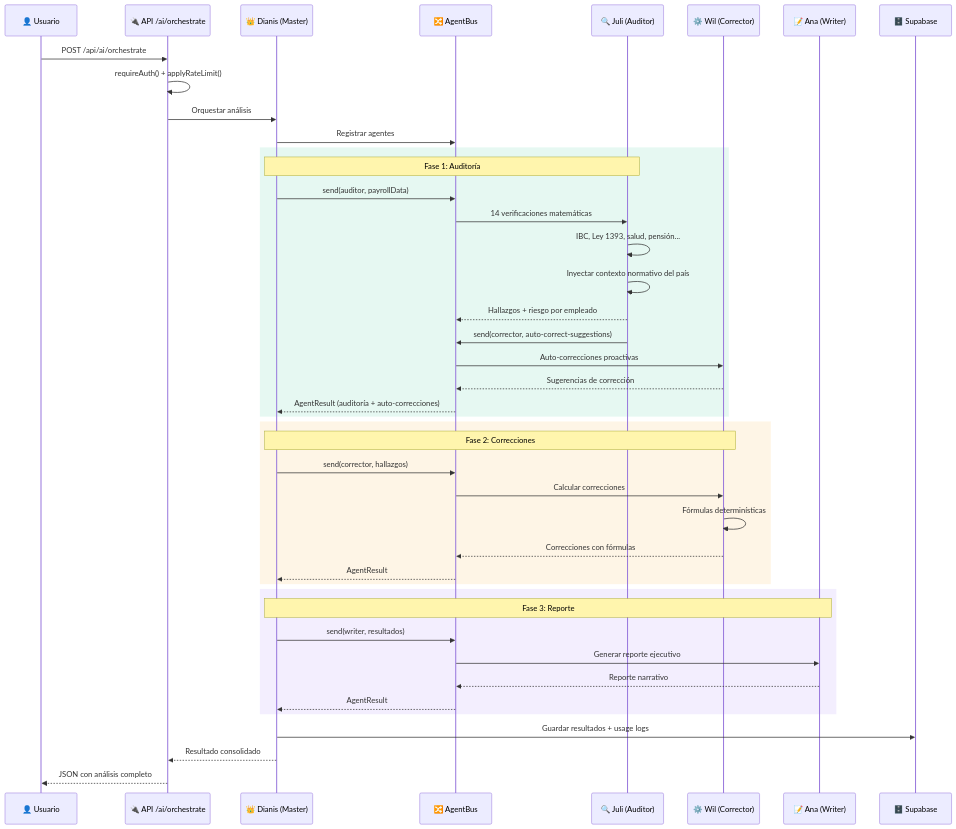
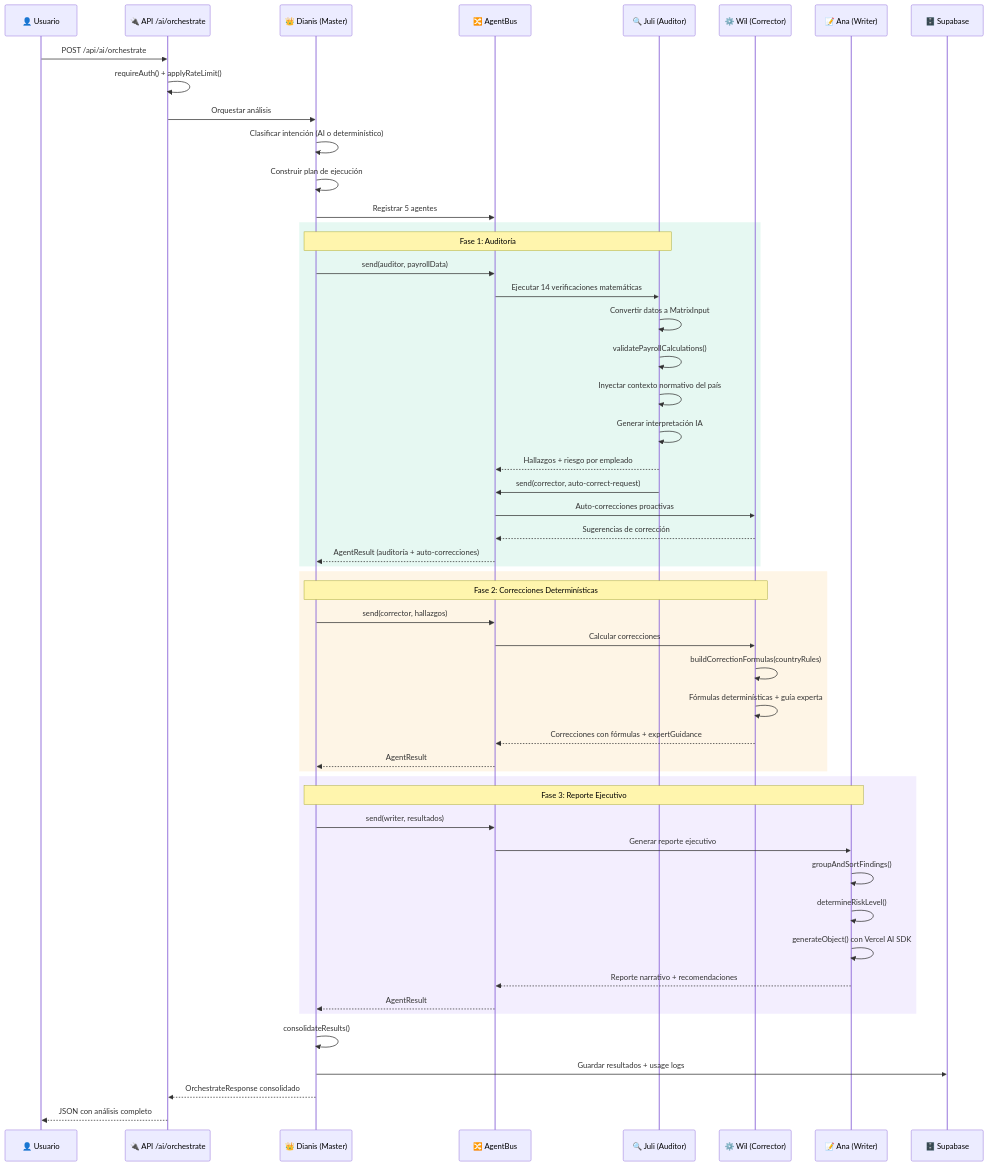
Before and after one commit to Shiroe-95/NominaApp: the second of 9 diagrams in README.md, drawn with Mermaid. The commit also changed other lines of this file, not shown here.

Commit message:
docs: rewrite README from scratch with comprehensive architecture diagrams, multi-agent system docs, API reference, design system, and detailed configuration guide

````diff
--- a/README.md
+++ b/README.md
@@ -174,50 +202,59 @@
 ```mermaid
 sequenceDiagram
     participant U as 👤 Usuario
     participant API as 🔌 API /ai/orchestrate
     participant M as 👑 Dianis (Master)
     participant Bus as 🔀 AgentBus
     participant A as 🔍 Juli (Auditor)
     participant C as ⚙️ Wil (Corrector)
     participant W as 📝 Ana (Writer)
     participant DB as 🗄️ Supabase
 
     U->>API: POST /api/ai/orchestrate
     API->>API: requireAuth() + applyRateLimit()
     API->>M: Orquestar análisis
-    M->>Bus: Registrar agentes
+    M->>M: Clasificar intención (AI o determinístico)
+    M->>M: Construir plan de ejecución
+    M->>Bus: Registrar 5 agentes
     
     rect rgb(16, 185, 129, 0.1)
         Note over M,A: Fase 1: Auditoría
         M->>Bus: send(auditor, payrollData)
-        Bus->>A: 14 verificaciones matemáticas
-        A->>A: IBC, Ley 1393, salud, pensión...
+        Bus->>A: Ejecutar 14 verificaciones matemáticas
+        A->>A: Convertir datos a MatrixInput
+        A->>A: validatePayrollCalculations()
         A->>A: Inyectar contexto normativo del país
+        A->>A: Generar interpretación IA
         A-->>Bus: Hallazgos + riesgo por empleado
-        A->>Bus: send(corrector, auto-correct-suggestions)
+        A->>Bus: send(corrector, auto-correct-request)
         Bus->>C: Auto-correcciones proactivas
         C-->>Bus: Sugerencias de corrección
         Bus-->>M: AgentResult (auditoría + auto-correcciones)
     end
 
     rect rgb(245, 158, 11, 0.1)
-        Note over M,C: Fase 2: Correcciones
+        Note over M,C: Fase 2: Correcciones Determinísticas
         M->>Bus: send(corrector, hallazgos)
         Bus->>C: Calcular correcciones
-        C->>C: Fórmulas determinísticas
-        C-->>Bus: Correcciones con fórmulas
+        C->>C: buildCorrectionFormulas(countryRules)
+        C->>C: Fórmulas determinísticas + guía experta
+        C-->>Bus: Correcciones con fórmulas + expertGuidance
         Bus-->>M: AgentResult
     end
 
     rect rgb(139, 92, 246, 0.1)
-        Note over M,W: Fase 3: Reporte
+        Note over M,W: Fase 3: Reporte Ejecutivo
         M->>Bus: send(writer, resultados)
         Bus->>W: Generar reporte ejecutivo
-        W-->>Bus: Reporte narrativo
+        W->>W: groupAndSortFindings()
+        W->>W: determineRiskLevel()
+        W->>W: generateObject() con Vercel AI SDK
+        W-->>Bus: Reporte narrativo + recomendaciones
         Bus-->>M: AgentResult
     end
 
+    M->>M: consolidateResults()
     M->>DB: Guardar resultados + usage logs
-    M-->>API: Resultado consolidado
+    M-->>API: OrchestrateResponse consolidado
     API-->>U: JSON con análisis completo
 ```
````
